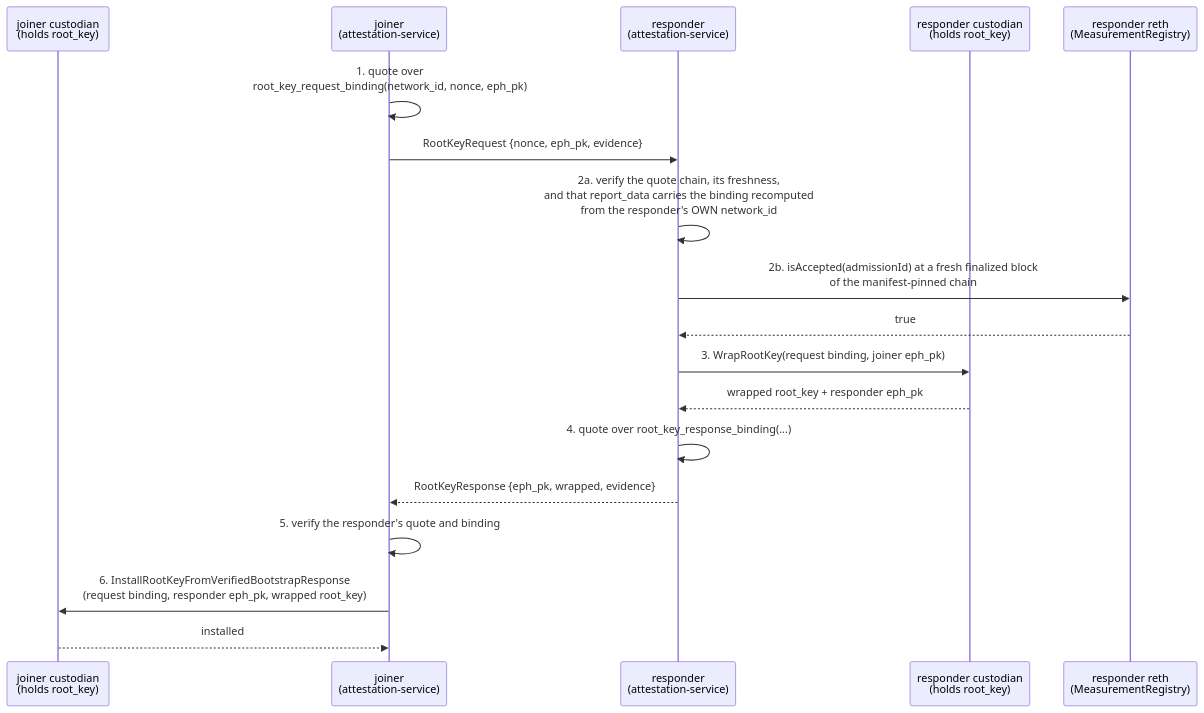
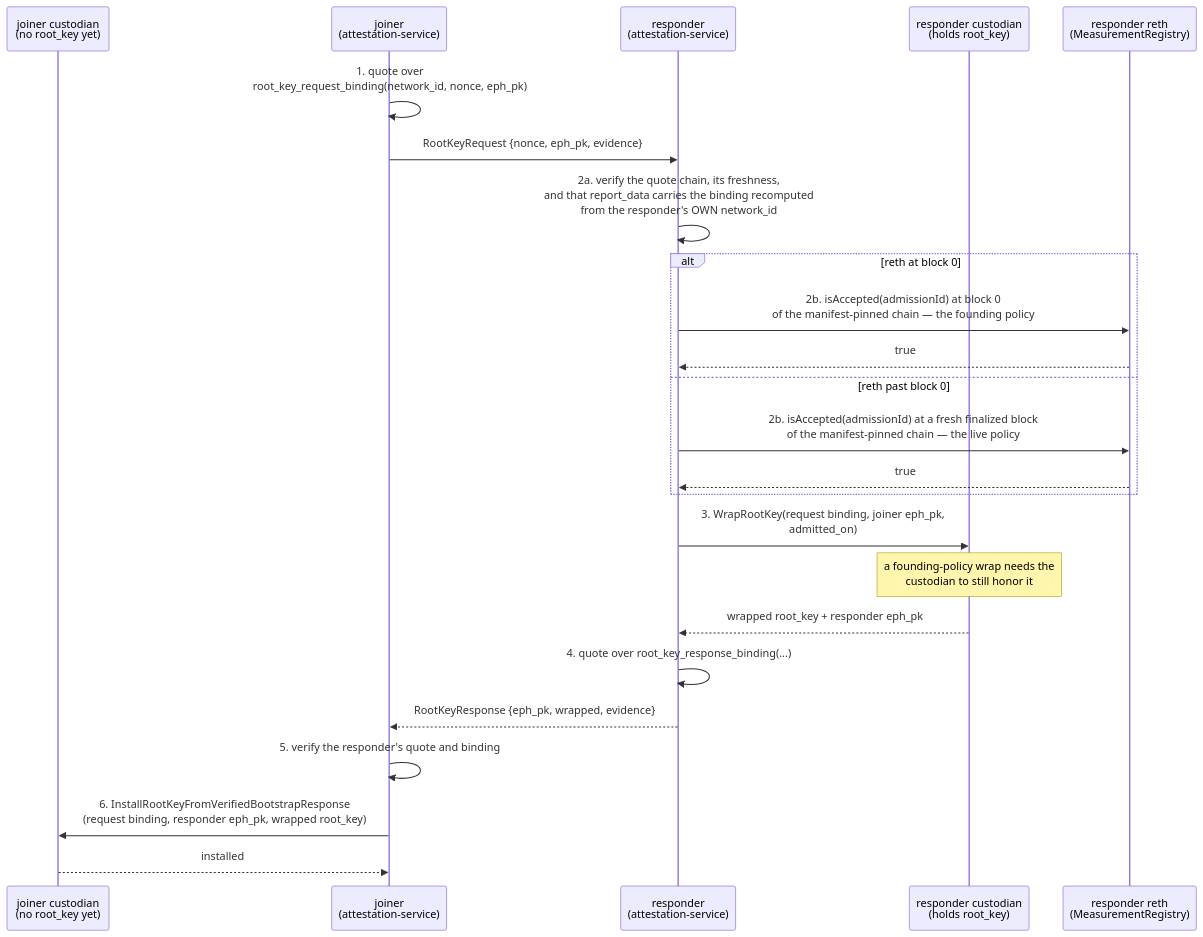
Before and after one commit to HusseinAdeiza/seismic: the first of 4 diagrams in docs/tee/chain-backed-admission.md, drawn with Mermaid. The commit also changed other lines of this file and 3 other files, not shown here.

First line of the commit message:
docs(tee): only the minting custodian honors the founding policy (#336)

````diff
--- a/docs/tee/chain-backed-admission.md
+++ b/docs/tee/chain-backed-admission.md
@@ -64,21 +64,27 @@
 ```mermaid
 sequenceDiagram
-    participant JC as joiner custodian<br/>(holds root_key)
+    participant JC as joiner custodian<br/>(no root_key yet)
     participant J as joiner<br/>(attestation-service)
     participant R as responder<br/>(attestation-service)
     participant C as responder custodian<br/>(holds root_key)
     participant N as responder reth<br/>(MeasurementRegistry)
 
     J->>J: 1. quote over<br/>root_key_request_binding(network_id, nonce, eph_pk)
     J->>R: RootKeyRequest {nonce, eph_pk, evidence}
     R->>R: 2a. verify the quote chain, its freshness,<br/>and that report_data carries the binding recomputed<br/>from the responder's OWN network_id
-    R->>N: 2b. isAccepted(admissionId) at a fresh finalized block<br/>of the manifest-pinned chain
-    N-->>R: true
-    R->>C: 3. WrapRootKey(request binding, joiner eph_pk)
+    alt reth at block 0
+        R->>N: 2b. isAccepted(admissionId) at block 0<br/>of the manifest-pinned chain — the founding policy
+        N-->>R: true
+    else reth past block 0
+        R->>N: 2b. isAccepted(admissionId) at a fresh finalized block<br/>of the manifest-pinned chain — the live policy
+        N-->>R: true
+    end
+    R->>C: 3. WrapRootKey(request binding, joiner eph_pk,<br/>admitted_on)
+    Note over C: a founding-policy wrap needs the<br/>custodian to still honor it
     C-->>R: wrapped root_key + responder eph_pk
     R->>R: 4. quote over root_key_response_binding(...)
     R-->>J: RootKeyResponse {eph_pk, wrapped, evidence}
     J->>J: 5. verify the responder's quote and binding
     J->>JC: 6. InstallRootKeyFromVerifiedBootstrapResponse<br/>(request binding, responder eph_pk, wrapped root_key)
     JC-->>J: installed
 ```
````
